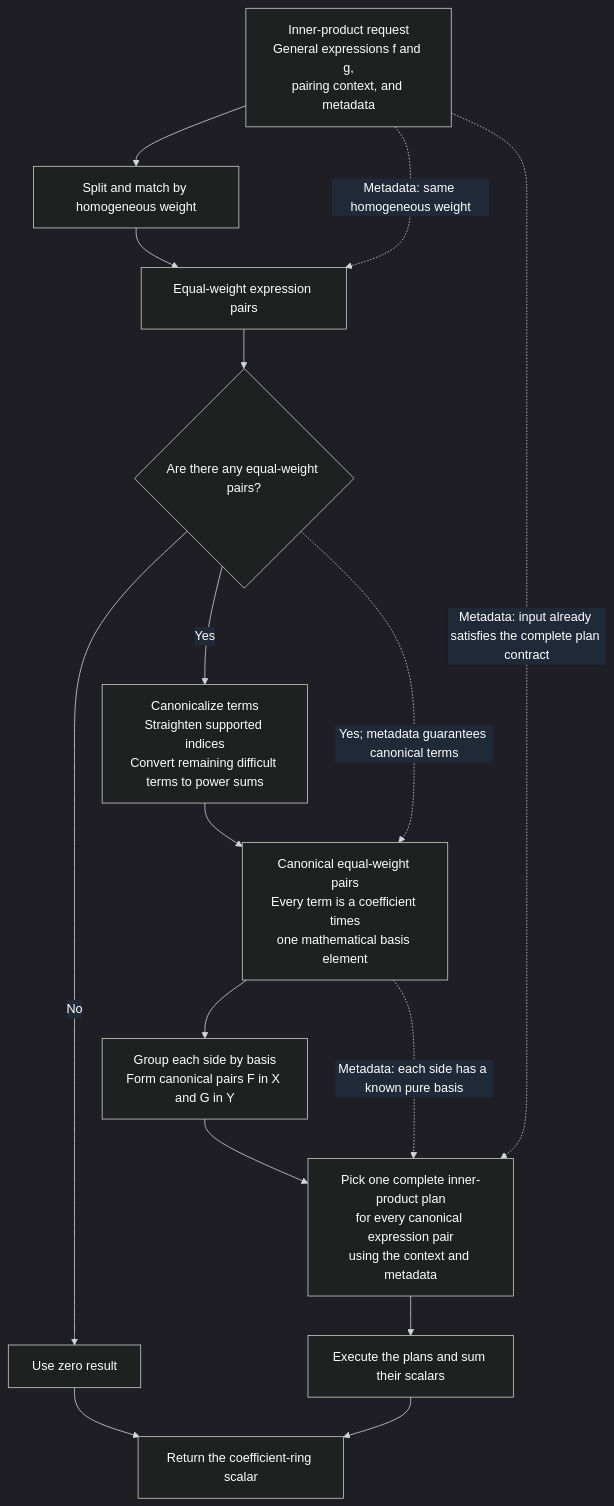
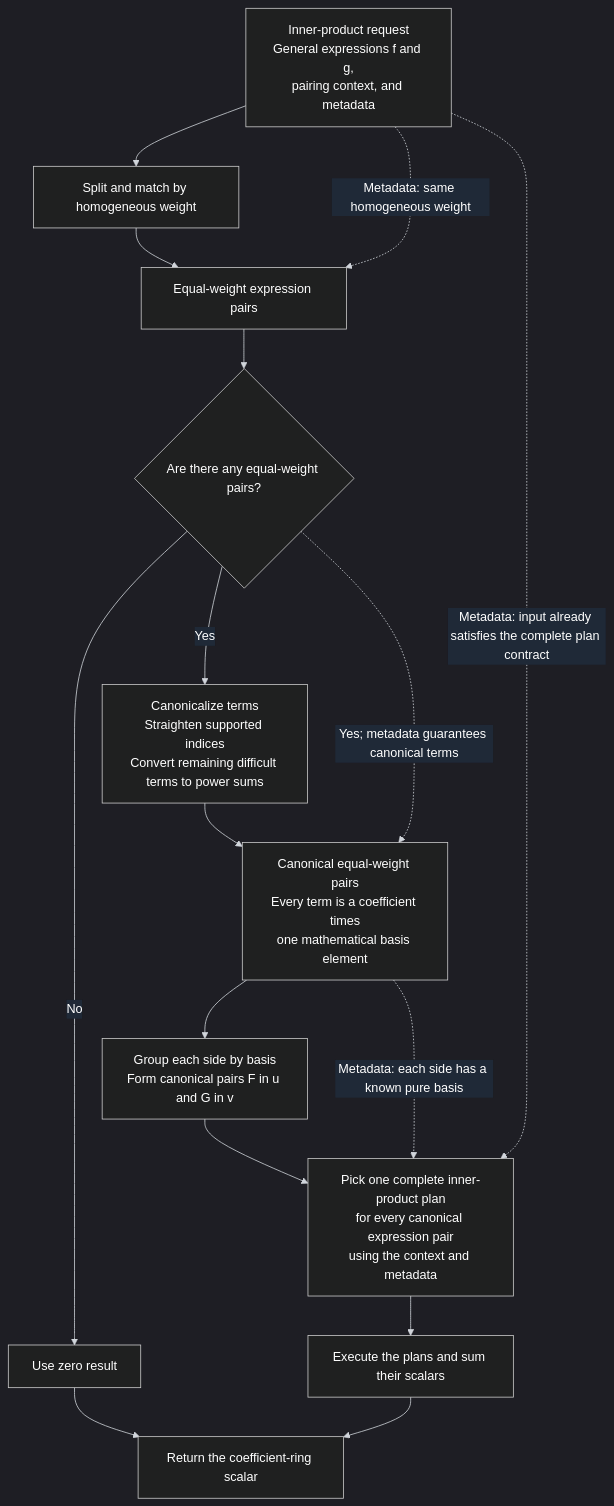
Before and after one commit to j-graf/M2: the third of 4 diagrams in M2/Macaulay2/e/symmetric-rings/TODO-pipelines.md, drawn with Mermaid. The commit also changed other lines of this file and 12 other files, not shown here.

````diff
--- a/M2/Macaulay2/e/symmetric-rings/TODO-pipelines.md
+++ b/M2/Macaulay2/e/symmetric-rings/TODO-pipelines.md
@@ -1070,35 +1069,35 @@
 ```mermaid
 %%{init: {"theme": "dark", "themeVariables": {"background": "#111827", "primaryColor": "#1f2937", "primaryTextColor": "#ffffff", "primaryBorderColor": "#9ca3af", "secondaryColor": "#1f2937", "secondaryTextColor": "#ffffff", "tertiaryColor": "#1f2937", "tertiaryTextColor": "#ffffff", "lineColor": "#d1d5db", "textColor": "#ffffff", "nodeTextColor": "#ffffff", "edgeLabelBackground": "#1f2937"}}}%%
 flowchart TD
     A["Inner-product request<br/>General expressions f and g,<br/>pairing context, and metadata"]
 
     A --> B["Split and match by homogeneous weight"]
 
     B --> C["Equal-weight expression pairs"]
 
     A -. "Metadata: same homogeneous weight" .-> C
 
     C --> D{"Are there any equal-weight pairs?"}
 
     D -->|"No"| Z["Use zero result"]
 
     D -->|"Yes"| E["Canonicalize terms<br/>Straighten supported indices<br/>Convert remaining difficult terms to power sums"]
 
     E --> F["Canonical equal-weight pairs<br/>Every term is a coefficient times<br/>one mathematical basis element"]
 
     D -. "Yes; metadata guarantees canonical terms" .-> F
 
-    F --> G["Group each side by basis<br/>Form canonical pairs F in X and G in Y"]
+    F --> G["Group each side by basis<br/>Form canonical pairs F in u and G in v"]
 
     G --> H["Pick one complete inner-product plan<br/>for every canonical expression pair<br/>using the context and metadata"]
 
     F -. "Metadata: each side has a known pure basis" .-> H
 
     A -. "Metadata: input already satisfies the complete plan contract" .-> H
 
     H --> I["Execute the plans and sum their scalars"]
 
     I --> R["Return the coefficient-ring scalar"]
 
     Z --> R
 ```
````
